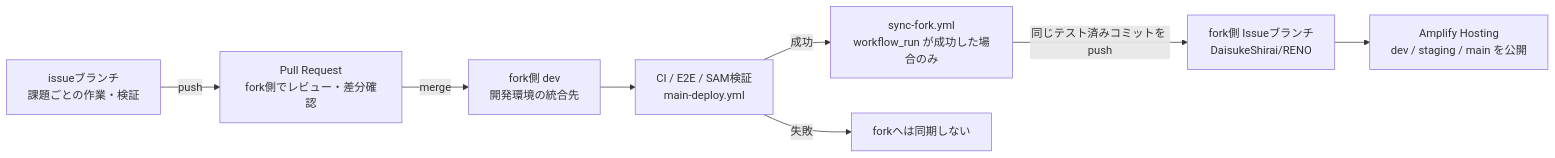
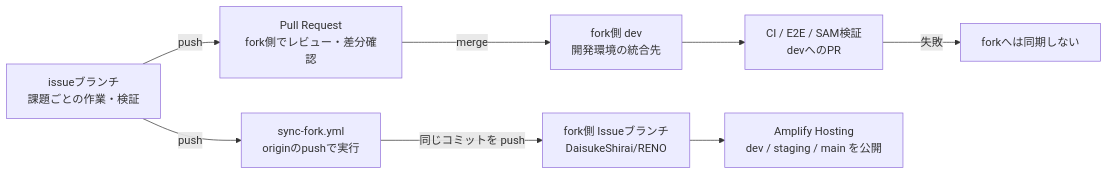
Before and after one commit to DaisukeShirai/RENO: the diagram in docs/workflows/branch-workflow.md, drawn with Mermaid. The commit also changed other lines of this file and 3 other files, not shown here.

````diff
--- a/docs/workflows/branch-workflow.md
+++ b/docs/workflows/branch-workflow.md
@@ -15,19 +15,19 @@
 ```mermaid
 flowchart LR
     I[issueブランチ<br/>課題ごとの作業・検証]
     PR[Pull Request<br/>fork側でレビュー・差分確認]
     M[fork側 dev<br/>開発環境の統合先]
-    T[CI / E2E / SAM検証<br/>main-deploy.yml]
-    S[sync-fork.yml<br/>workflow_run が成功した場合のみ]
+    T[CI / E2E / SAM検証<br/>devへのPR]
+    S[sync-fork.yml<br/>originのpushで実行]
     F[fork側 Issueブランチ<br/>DaisukeShirai/RENO]
     A[Amplify Hosting<br/>dev / staging / main を公開]
 
     I -->|push| PR
     PR -->|merge| M
     M --> T
-    T -->|成功| S
-    S -->|同じテスト済みコミットを push| F
+    I -->|push| S
+    S -->|同じコミットを push| F
     F --> A
 
     T -->|失敗| X[forkへは同期しない]
 ```
````
